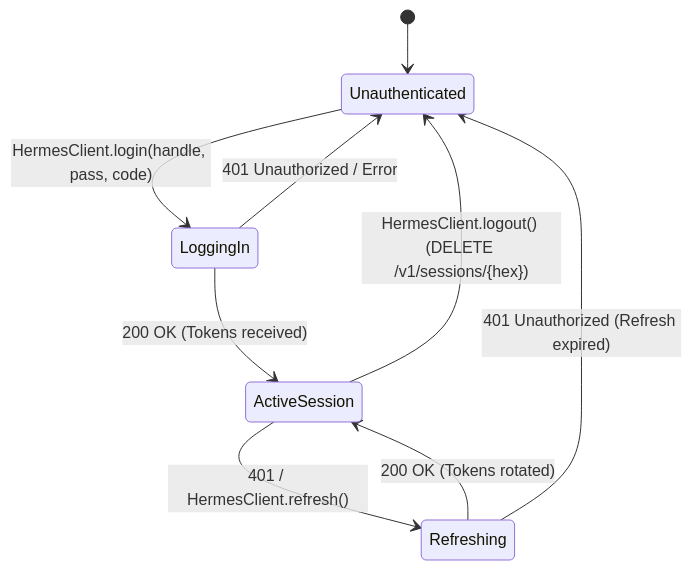
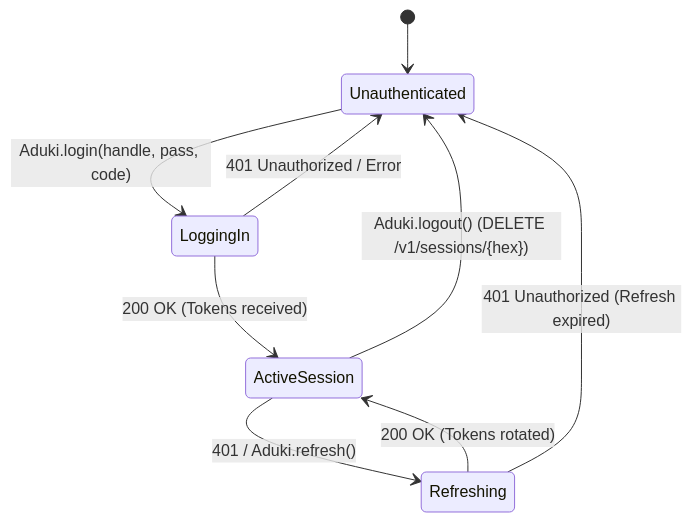
One commit to adukilabs/aduki-kt changed the diagram in docs/auth/index.md. Above: the diagram before and after it, drawn with Mermaid. The commit also changed other lines of this file and 239 other files, not shown here.

First line of the commit message:
Rename pro.aduki.hermes to pro.aduki, HermesClient to Aduki, Maven group to pro.aduki (K1)

````diff
--- a/docs/auth/index.md
+++ b/docs/auth/index.md
@@ -26,11 +26,11 @@
 ```mermaid
 stateDiagram-v2
     [*] --> Unauthenticated
-    Unauthenticated --> LoggingIn: HermesClient.login(handle, pass, code)
+    Unauthenticated --> LoggingIn: Aduki.login(handle, pass, code)
     LoggingIn --> ActiveSession: 200 OK (Tokens received)
     LoggingIn --> Unauthenticated: 401 Unauthorized / Error
-    ActiveSession --> Refreshing: 401 / HermesClient.refresh()
+    ActiveSession --> Refreshing: 401 / Aduki.refresh()
     Refreshing --> ActiveSession: 200 OK (Tokens rotated)
     Refreshing --> Unauthenticated: 401 Unauthorized (Refresh expired)
-    ActiveSession --> Unauthenticated: HermesClient.logout() (DELETE /v1/sessions/{hex})
+    ActiveSession --> Unauthenticated: Aduki.logout() (DELETE /v1/sessions/{hex})
 ```
````
